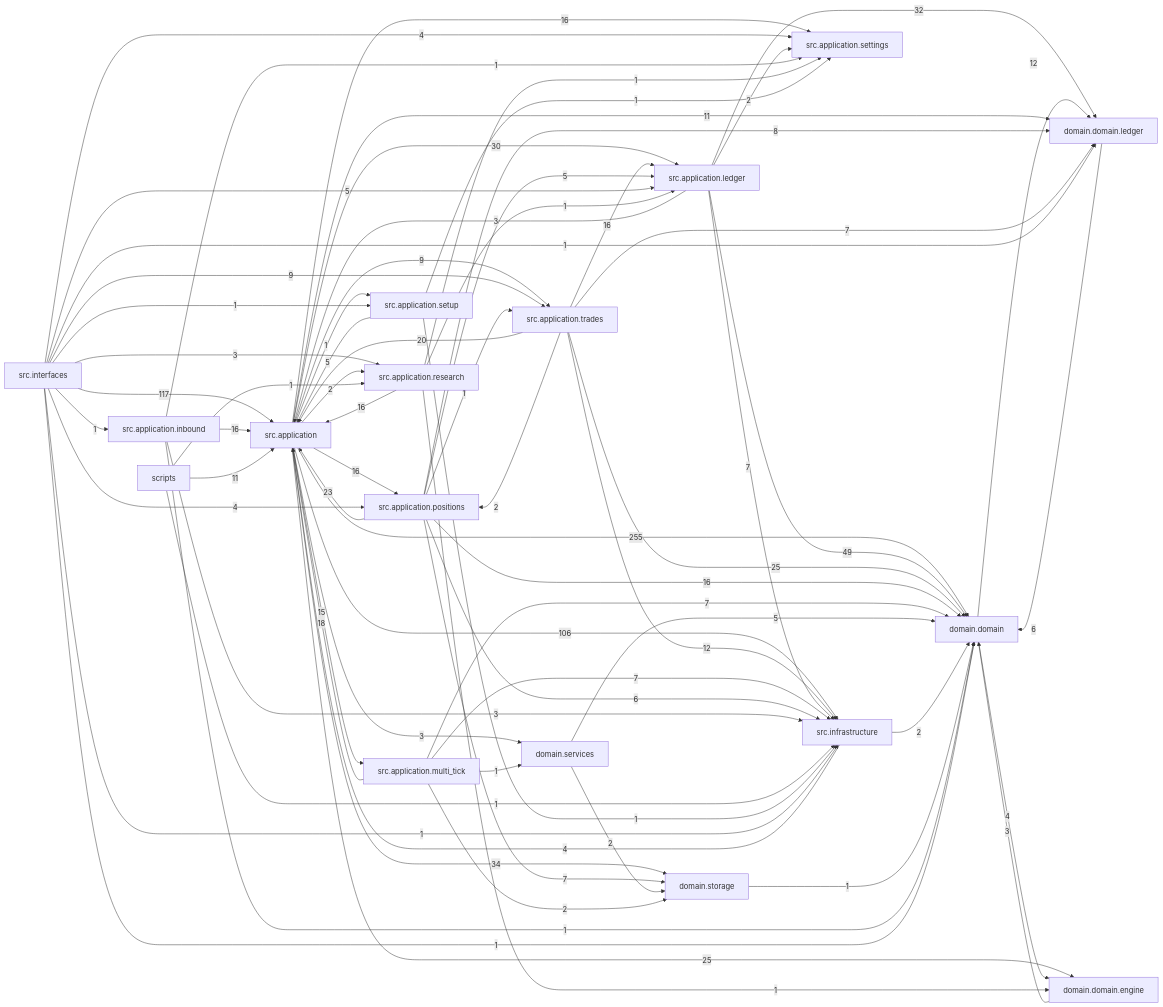
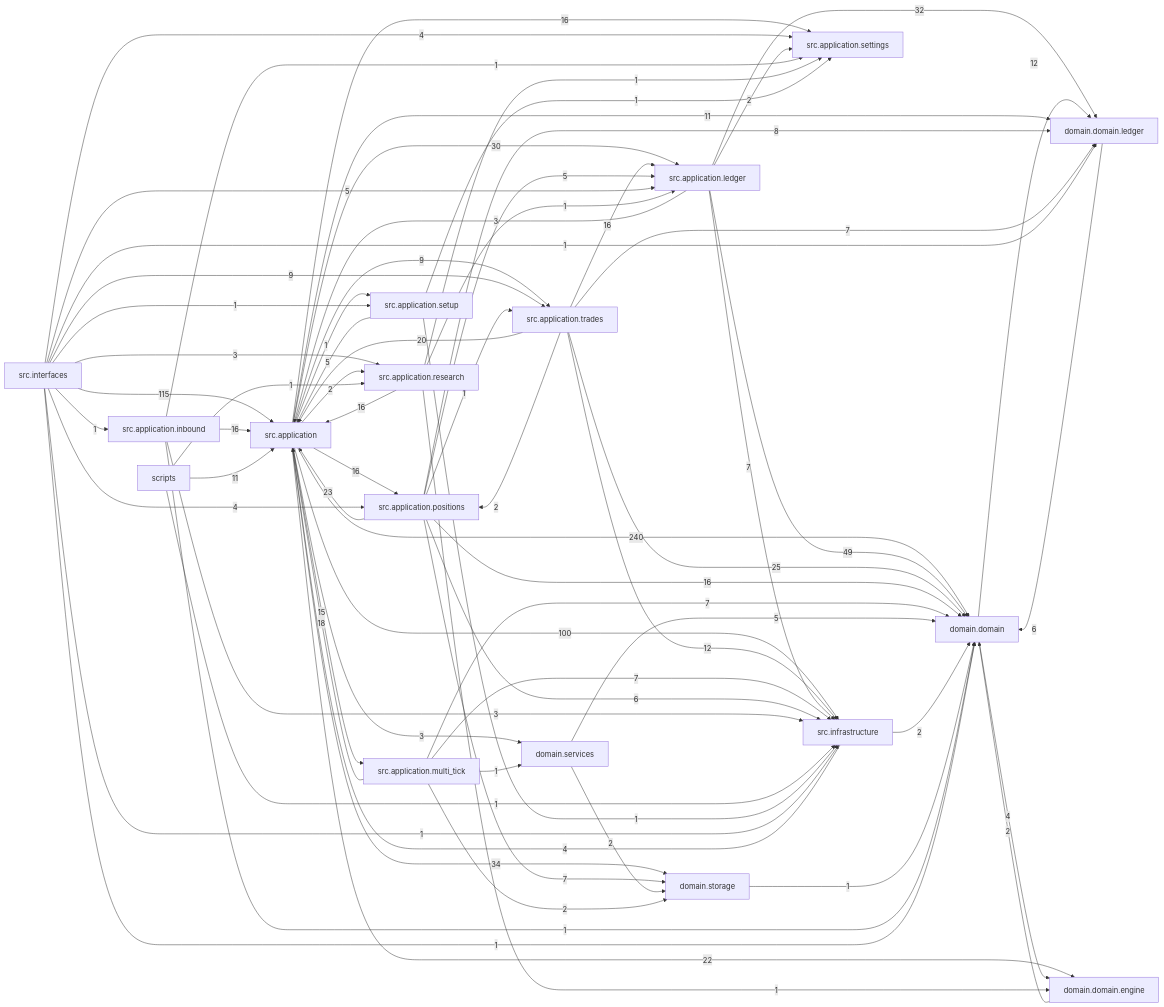
Before and after one commit to liuxie066/options-monitor: the diagram in docs/dependency_graph.mmd, drawn with Mermaid. The commit also changed 120 other files, not shown here.

```diff
--- a/docs/dependency_graph.mmd
+++ b/docs/dependency_graph.mmd
@@ -1,71 +1,71 @@
 flowchart LR
-  src_application["src.application"] -->|255| domain_domain["domain.domain"]
-  src_interfaces["src.interfaces"] -->|117| src_application["src.application"]
-  src_application["src.application"] -->|106| src_infrastructure["src.infrastructure"]
+  src_application["src.application"] -->|240| domain_domain["domain.domain"]
+  src_interfaces["src.interfaces"] -->|115| src_application["src.application"]
+  src_application["src.application"] -->|100| src_infrastructure["src.infrastructure"]
   src_application_ledger["src.application.ledger"] -->|49| domain_domain["domain.domain"]
   src_application["src.application"] -->|34| domain_storage["domain.storage"]
   src_application_ledger["src.application.ledger"] -->|32| domain_domain_ledger["domain.domain.ledger"]
   src_application["src.application"] -->|30| src_application_ledger["src.application.ledger"]
-  src_application["src.application"] -->|25| domain_domain_engine["domain.domain.engine"]
   src_application_trades["src.application.trades"] -->|25| domain_domain["domain.domain"]
   src_application_positions["src.application.positions"] -->|23| src_application["src.application"]
+  src_application["src.application"] -->|22| domain_domain_engine["domain.domain.engine"]
   src_application_trades["src.application.trades"] -->|20| src_application["src.application"]
   src_application_multi_tick["src.application.multi_tick"] -->|18| src_application["src.application"]
   src_application["src.application"] -->|16| src_application_positions["src.application.positions"]
   src_application["src.application"] -->|16| src_application_settings["src.application.settings"]
   src_application_inbound["src.application.inbound"] -->|16| src_application["src.application"]
   src_application_positions["src.application.positions"] -->|16| domain_domain["domain.domain"]
   src_application_research["src.application.research"] -->|16| src_application["src.application"]
   src_application_trades["src.application.trades"] -->|16| src_application_ledger["src.application.ledger"]
   src_application["src.application"] -->|15| src_application_multi_tick["src.application.multi_tick"]
   domain_domain["domain.domain"] -->|12| domain_domain_ledger["domain.domain.ledger"]
   src_application_trades["src.application.trades"] -->|12| src_infrastructure["src.infrastructure"]
   scripts["scripts"] -->|11| src_application["src.application"]
   src_application["src.application"] -->|11| domain_domain_ledger["domain.domain.ledger"]
   src_application["src.application"] -->|9| src_application_trades["src.application.trades"]
   src_interfaces["src.interfaces"] -->|9| src_application_trades["src.application.trades"]
   src_application_positions["src.application.positions"] -->|8| domain_domain_ledger["domain.domain.ledger"]
   src_application_ledger["src.application.ledger"] -->|7| src_infrastructure["src.infrastructure"]
   src_application_multi_tick["src.application.multi_tick"] -->|7| domain_domain["domain.domain"]
   src_application_multi_tick["src.application.multi_tick"] -->|7| src_infrastructure["src.infrastructure"]
   src_application_positions["src.application.positions"] -->|7| domain_storage["domain.storage"]
   src_application_trades["src.application.trades"] -->|7| domain_domain_ledger["domain.domain.ledger"]
   domain_domain_ledger["domain.domain.ledger"] -->|6| domain_domain["domain.domain"]
   src_application_positions["src.application.positions"] -->|6| src_infrastructure["src.infrastructure"]
   domain_services["domain.services"] -->|5| domain_domain["domain.domain"]
   src_application_positions["src.application.positions"] -->|5| src_application_ledger["src.application.ledger"]
   src_application_setup["src.application.setup"] -->|5| src_application["src.application"]
   src_interfaces["src.interfaces"] -->|5| src_application_ledger["src.application.ledger"]
   domain_domain["domain.domain"] -->|4| domain_domain_engine["domain.domain.engine"]
   src_infrastructure["src.infrastructure"] -->|4| src_application["src.application"]
   src_interfaces["src.interfaces"] -->|4| src_application_positions["src.application.positions"]
   src_interfaces["src.interfaces"] -->|4| src_application_settings["src.application.settings"]
-  domain_domain_engine["domain.domain.engine"] -->|3| domain_domain["domain.domain"]
   src_application["src.application"] -->|3| domain_services["domain.services"]
   src_application_inbound["src.application.inbound"] -->|3| src_infrastructure["src.infrastructure"]
   src_application_ledger["src.application.ledger"] -->|3| src_application["src.application"]
   src_interfaces["src.interfaces"] -->|3| src_application_research["src.application.research"]
+  domain_domain_engine["domain.domain.engine"] -->|2| domain_domain["domain.domain"]
   domain_services["domain.services"] -->|2| domain_storage["domain.storage"]
   src_application["src.application"] -->|2| src_application_research["src.application.research"]
   src_application_ledger["src.application.ledger"] -->|2| src_application_settings["src.application.settings"]
   src_application_multi_tick["src.application.multi_tick"] -->|2| domain_storage["domain.storage"]
   src_application_trades["src.application.trades"] -->|2| src_application_positions["src.application.positions"]
   src_infrastructure["src.infrastructure"] -->|2| domain_domain["domain.domain"]
   domain_storage["domain.storage"] -->|1| domain_domain["domain.domain"]
   scripts["scripts"] -->|1| src_application_research["src.application.research"]
   scripts["scripts"] -->|1| src_infrastructure["src.infrastructure"]
   src_application["src.application"] -->|1| src_application_setup["src.application.setup"]
   src_application_inbound["src.application.inbound"] -->|1| domain_domain["domain.domain"]
   src_application_inbound["src.application.inbound"] -->|1| src_application_settings["src.application.settings"]
   src_application_multi_tick["src.application.multi_tick"] -->|1| domain_services["domain.services"]
   src_application_positions["src.application.positions"] -->|1| src_application_trades["src.application.trades"]
   src_application_research["src.application.research"] -->|1| domain_domain_engine["domain.domain.engine"]
   src_application_research["src.application.research"] -->|1| src_application_ledger["src.application.ledger"]
   src_application_research["src.application.research"] -->|1| src_application_settings["src.application.settings"]
   src_application_setup["src.application.setup"] -->|1| src_application_settings["src.application.settings"]
   src_application_setup["src.application.setup"] -->|1| src_infrastructure["src.infrastructure"]
   src_interfaces["src.interfaces"] -->|1| domain_domain["domain.domain"]
   src_interfaces["src.interfaces"] -->|1| domain_domain_ledger["domain.domain.ledger"]
   src_interfaces["src.interfaces"] -->|1| src_application_inbound["src.application.inbound"]
   src_interfaces["src.interfaces"] -->|1| src_application_setup["src.application.setup"]
   src_interfaces["src.interfaces"] -->|1| src_infrastructure["src.infrastructure"]
```
